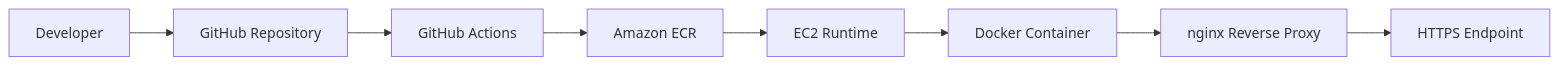
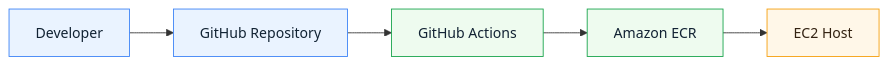
Before and after one commit to RusbehAbtahi/RAGstream: the first of 4 diagrams in README.md, drawn with Mermaid. The commit also changed other lines of this file and 2 other files, not shown here.

````diff
--- a/README.md
+++ b/README.md
@@ -17,10 +17,11 @@
 ```mermaid
 flowchart LR
-  DEV[Developer] --> GH[GitHub Repository]
-  GH --> GA[GitHub Actions]
-  GA --> ECR[Amazon ECR]
-  ECR --> EC2[EC2 Runtime]
-  EC2 --> DOCKER[Docker Container]
-  DOCKER --> NGINX[nginx Reverse Proxy]
-  NGINX --> HTTPS[HTTPS Endpoint]
+  classDef dev fill:#EAF3FF,stroke:#3B82F6,color:#123;
+  classDef build fill:#EEFBEF,stroke:#16A34A,color:#123;
+  classDef run fill:#FFF7E8,stroke:#F59E0B,color:#321;
+
+  DEV[Developer]:::dev --> GH[GitHub Repository]:::dev
+  GH --> GA[GitHub Actions]:::build
+  GA --> ECR[Amazon ECR]:::build
+  ECR --> EC2[EC2 Host]:::run
 ```
````
